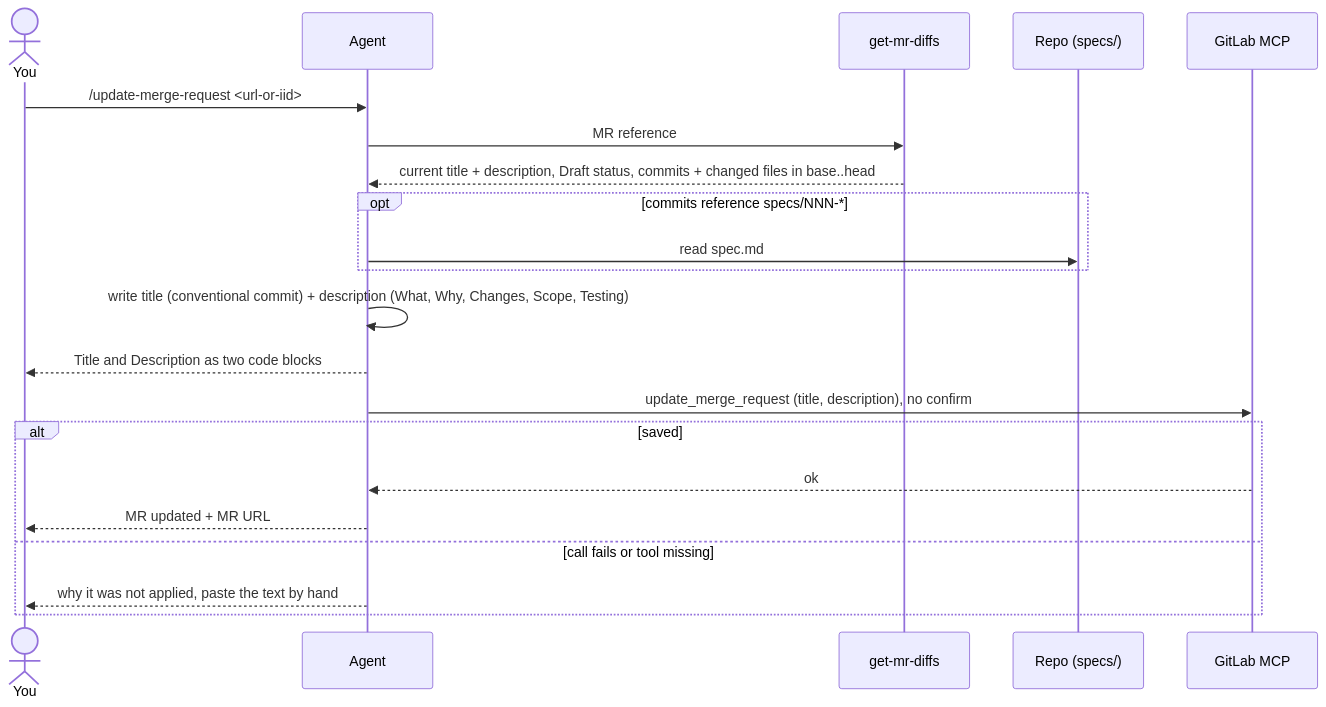
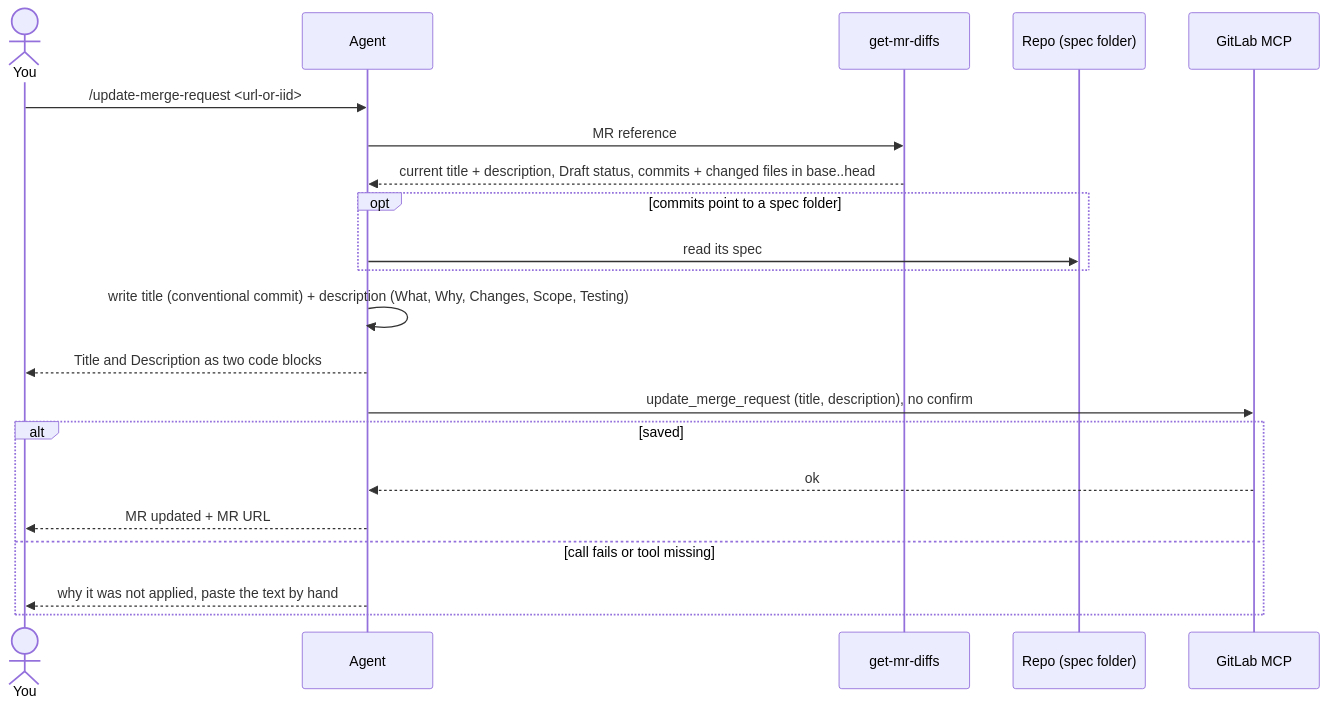
One commit to naphatwx/naphatwx-tools changed the diagram in plugins/naphatwx-tools/skills/update-merge-request/README.md. Above: the diagram before and after it, drawn with Mermaid. The commit also changed 31 other files, not shown here.

````diff
--- a/plugins/naphatwx-tools/skills/update-merge-request/README.md
+++ b/plugins/naphatwx-tools/skills/update-merge-request/README.md
@@ -20,23 +20,23 @@
 ```mermaid
 sequenceDiagram
     actor U as You
     participant A as Agent
     participant H as get-mr-diffs
-    participant R as Repo (specs/)
+    participant R as Repo (spec folder)
     participant M as GitLab MCP
     U->>A: /update-merge-request <url-or-iid>
     A->>H: MR reference
     H-->>A: current title + description, Draft status, commits + changed files in base..head
-    opt commits reference specs/NNN-*
-        A->>R: read spec.md
+    opt commits point to a spec folder
+        A->>R: read its spec
     end
     A->>A: write title (conventional commit) + description (What, Why, Changes, Scope, Testing)
     A-->>U: Title and Description as two code blocks
     A->>M: update_merge_request (title, description), no confirm
     alt saved
         M-->>A: ok
         A-->>U: MR updated + MR URL
     else call fails or tool missing
         A-->>U: why it was not applied, paste the text by hand
     end
 ```
````
